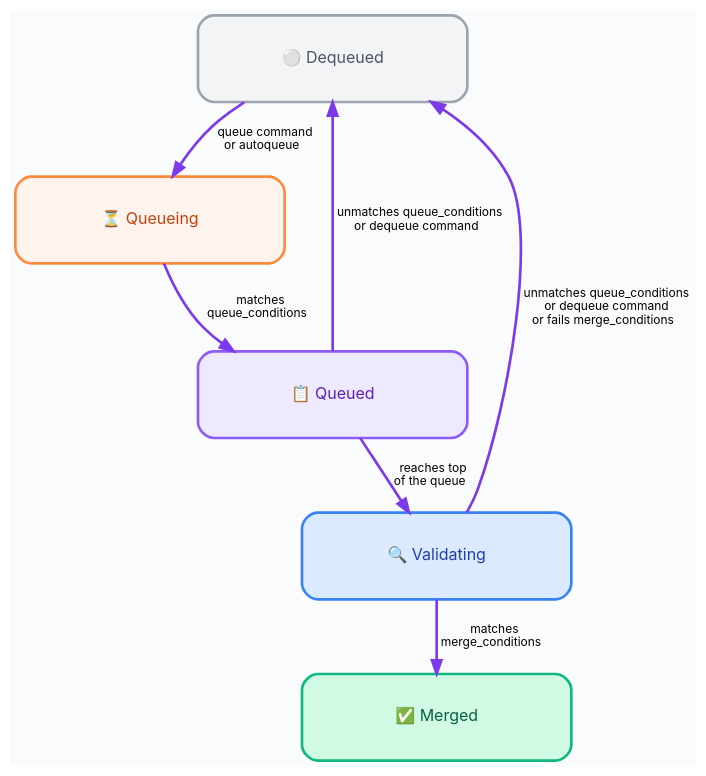
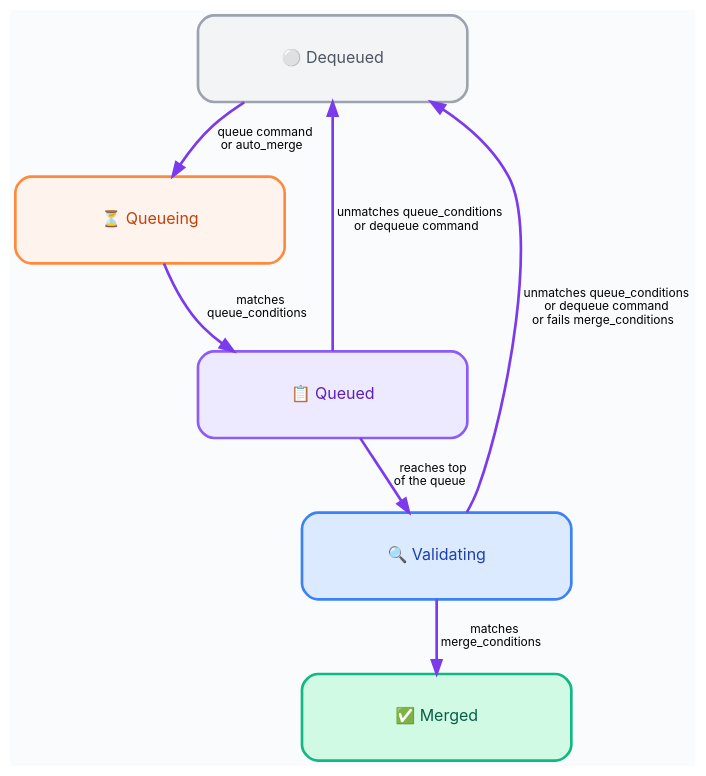
Before and after one commit to Mergifyio/docs: the diagram in src/content/docs/merge-queue/lifecycle.mdx, drawn with Graphviz. The commit also changed other lines of this file and 8 other files, not shown here.

First line of the commit message:
docs: add auto_merge documentation and deprecate autoqueue (#11110)

````diff
--- a/src/content/docs/merge-queue/lifecycle.mdx
+++ b/src/content/docs/merge-queue/lifecycle.mdx
@@ -44,71 +45,71 @@
 ```dot class="graph"
 strict digraph {
     fontname="Inter, system-ui, sans-serif";
     rankdir="TB";
     bgcolor="#FAFBFC";
 
     // Global node and edge styling
     node [
         style="filled,rounded",
         shape=rect,
         fontcolor="black",
         fontname="Inter, system-ui, sans-serif",
         fontsize=12,
         margin=0.25,
         penwidth=2,
         width=2.8,
         height=0.9
     ];
 
     edge [
         color="#7C3AED",
         arrowhead=normal,
         fontname="Inter, system-ui, sans-serif",
         fontsize=9,
         penwidth=2
     ];
 
     Dequeued [
         label="⚪ Dequeued",
         fillcolor="#F3F4F6",
         color="#9CA3AF",
         fontcolor="#4B5563"
     ];
 
     Queueing [
         label="⏳ Queueing",
         fillcolor="#FFF4ED",
         color="#FF8A3D",
         fontcolor="#C2410C"
     ];
 
     Queued [
         label="📋 Queued",
         fillcolor="#EDE9FE",
         color="#8B5CF6",
         fontcolor="#5B21B6"
     ];
 
     Validating [
         label="🔍 Validating",
         fillcolor="#DBEAFE",
         color="#3B82F6",
         fontcolor="#1E40AF"
     ];
 
     Merged [
         label="✅ Merged",
         fillcolor="#D1FAE5",
         color="#10B981",
         fontcolor="#065F46"
     ];
 
     // Transitions with detailed labels
-    Dequeued -> Queueing [label="  queue command\n  or autoqueue  "];
+    Dequeued -> Queueing [label="  queue command\n  or auto_merge  "];
     Queueing -> Queued [label="  matches\n  queue_conditions  "];
     Queued -> Dequeued [label="  unmatches queue_conditions\n  or dequeue command  "];
     Queued -> Validating [label="  reaches top\n  of the queue  "];
     Validating -> Merged [label="  matches\n  merge_conditions  "];
     Validating -> Dequeued [label="  unmatches queue_conditions\n  or dequeue command\n  or fails merge_conditions  "];
 }
 ```
````
